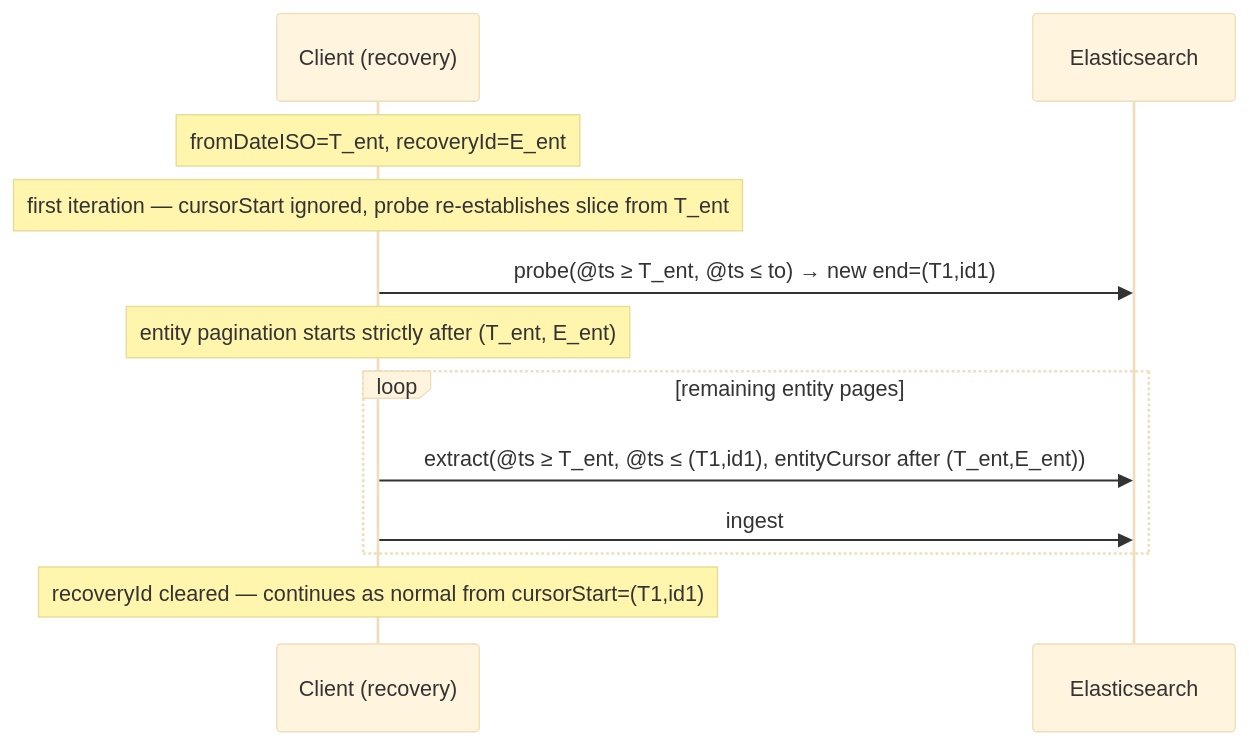
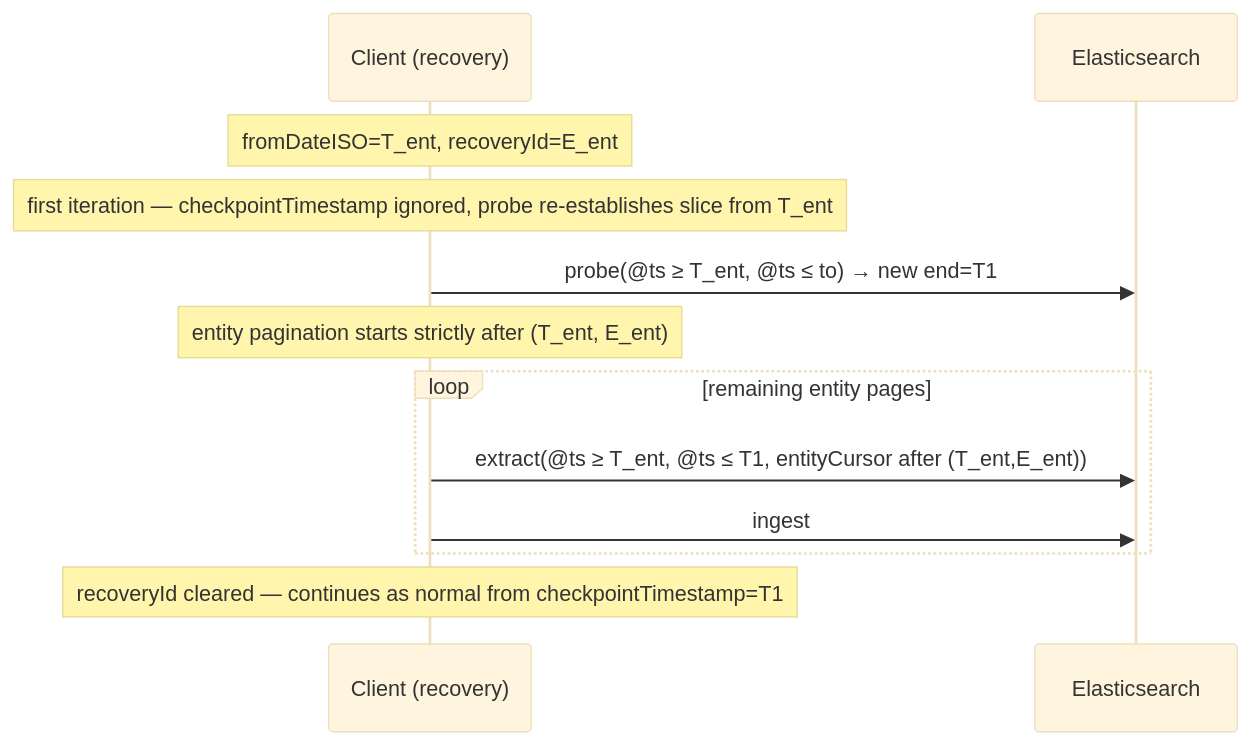
Before and after one commit to patrykkopycinski/kibana: the fifth of 7 diagrams in x-pack/solutions/security/plugins/entity_store/server/domain/logs_extraction/PAGINATION.md, drawn with Mermaid (base theme). The commit also changed other lines of this file and 20 other files, not shown here.

First line of the commit message:
[Entity Store] Paginate over timestamp + probe improvement (#270170)

````diff
--- a/x-pack/solutions/security/plugins/entity_store/server/domain/logs_extraction/PAGINATION.md
+++ b/x-pack/solutions/security/plugins/entity_store/server/domain/logs_extraction/PAGINATION.md
@@ -143,18 +144,18 @@
 ```mermaid
 sequenceDiagram
     participant C as Client (recovery)
     participant ES as Elasticsearch
 
     Note over C: fromDateISO=T_ent, recoveryId=E_ent
-    Note over C: first iteration — cursorStart ignored, probe re-establishes slice from T_ent
+    Note over C: first iteration — checkpointTimestamp ignored, probe re-establishes slice from T_ent
 
-    C->>ES: probe(@ts ≥ T_ent, @ts ≤ to) → new end=(T1,id1)
+    C->>ES: probe(@ts ≥ T_ent, @ts ≤ to) → new end=T1
     Note over C: entity pagination starts strictly after (T_ent, E_ent)
 
     loop remaining entity pages
-        C->>ES: extract(@ts ≥ T_ent, @ts ≤ (T1,id1), entityCursor after (T_ent,E_ent))
+        C->>ES: extract(@ts ≥ T_ent, @ts ≤ T1, entityCursor after (T_ent,E_ent))
         C->>ES: ingest
     end
 
-    Note over C: recoveryId cleared — continues as normal from cursorStart=(T1,id1)
+    Note over C: recoveryId cleared — continues as normal from checkpointTimestamp=T1
 ```
````
